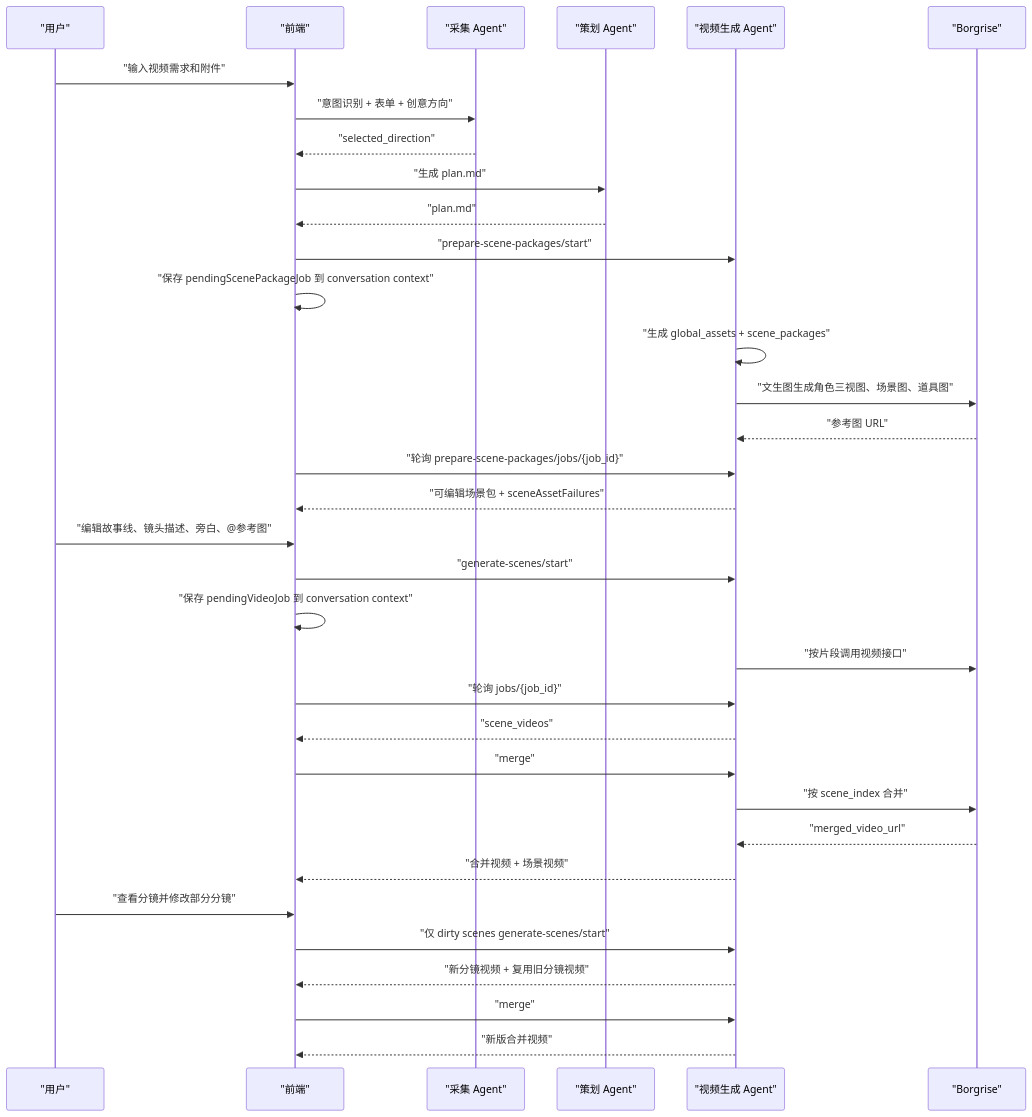
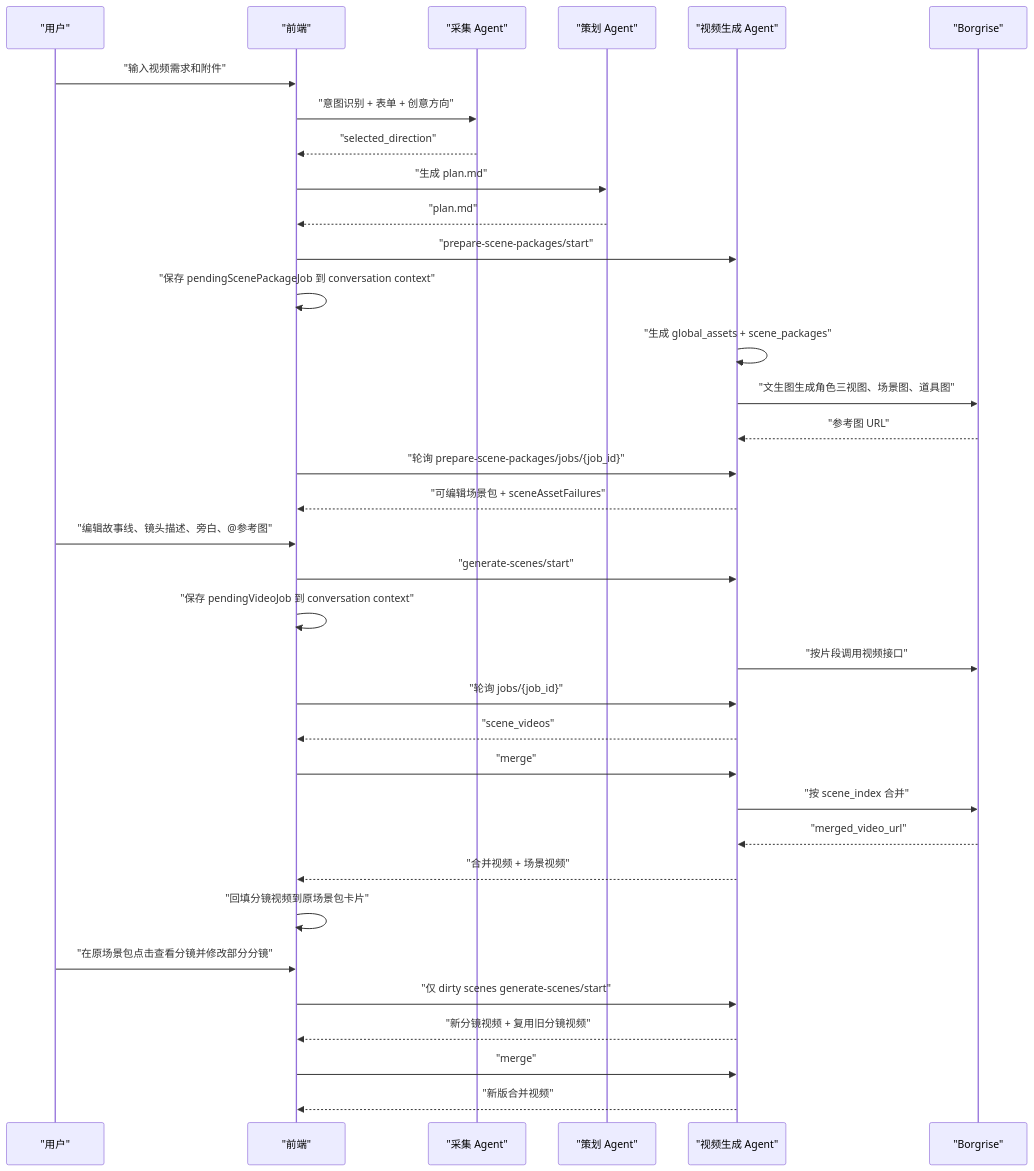
The sixth of 7 diagrams in docs/pixelflow-agent-skill-flow-latest-design.md (joyslxd/pixelflow), drawn with Mermaid before and after one commit. The commit also changed other lines of this file and 7 other files, not shown here.

````diff
--- a/docs/pixelflow-agent-skill-flow-latest-design.md
+++ b/docs/pixelflow-agent-skill-flow-latest-design.md
@@ -391,36 +391,37 @@
 ```mermaid
 sequenceDiagram
   participant U as "用户"
   participant FE as "前端"
   participant IA as "采集 Agent"
   participant PA as "策划 Agent"
   participant VA as "视频生成 Agent"
   participant BG as "Borgrise"
   U->>FE: "输入视频需求和附件"
   FE->>IA: "意图识别 + 表单 + 创意方向"
   IA-->>FE: "selected_direction"
   FE->>PA: "生成 plan.md"
   PA-->>FE: "plan.md"
   FE->>VA: "prepare-scene-packages/start"
   FE->>FE: "保存 pendingScenePackageJob 到 conversation context"
   VA->>VA: "生成 global_assets + scene_packages"
   VA->>BG: "文生图生成角色三视图、场景图、道具图"
   BG-->>VA: "参考图 URL"
   FE->>VA: "轮询 prepare-scene-packages/jobs/{job_id}"
   VA-->>FE: "可编辑场景包 + sceneAssetFailures"
   U->>FE: "编辑故事线、镜头描述、旁白、@参考图"
   FE->>VA: "generate-scenes/start"
   FE->>FE: "保存 pendingVideoJob 到 conversation context"
   VA->>BG: "按片段调用视频接口"
   FE->>VA: "轮询 jobs/{job_id}"
   VA-->>FE: "scene_videos"
   FE->>VA: "merge"
   VA->>BG: "按 scene_index 合并"
   BG-->>VA: "merged_video_url"
   VA-->>FE: "合并视频 + 场景视频"
-  U->>FE: "查看分镜并修改部分分镜"
+  FE->>FE: "回填分镜视频到原场景包卡片"
+  U->>FE: "在原场景包点击查看分镜并修改部分分镜"
   FE->>VA: "仅 dirty scenes generate-scenes/start"
   VA-->>FE: "新分镜视频 + 复用旧分镜视频"
   FE->>VA: "merge"
   VA-->>FE: "新版合并视频"
 ```
````
